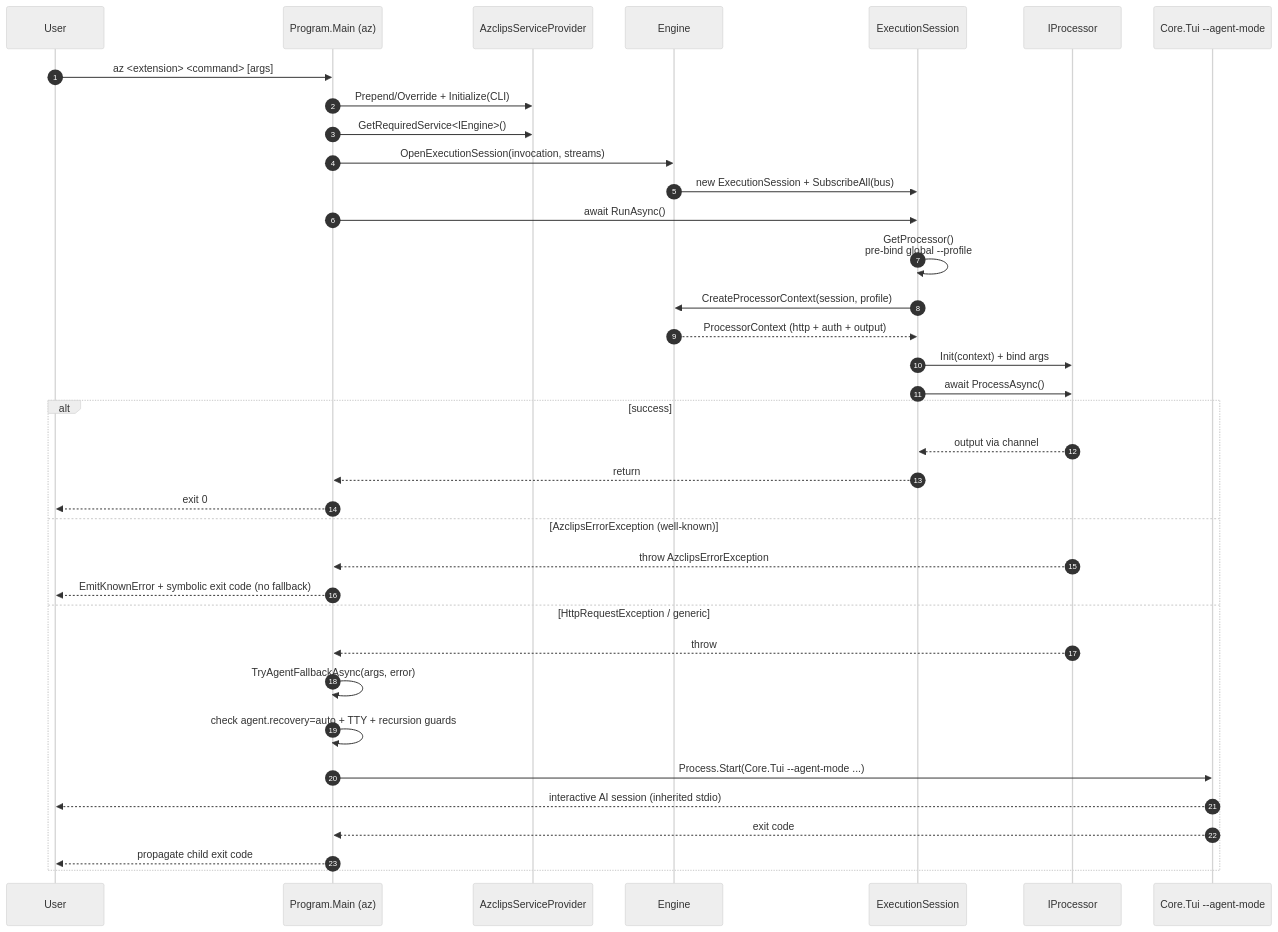
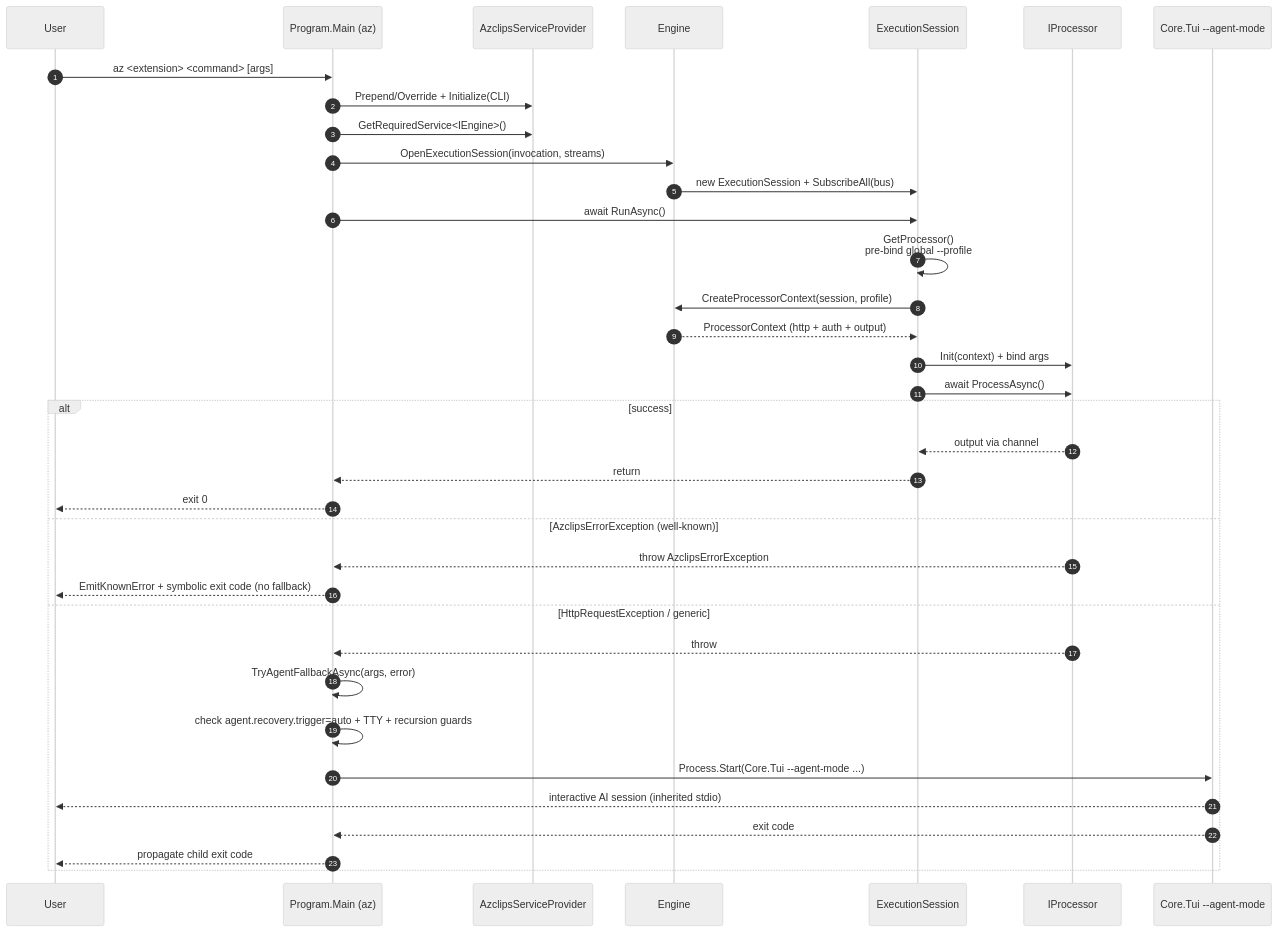
The second of 2 diagrams in wiki/02-deep-dive/core-engine-orchestration.md (Azure/azclips), drawn with Mermaid (neutral theme) before and after one commit. The commit also changed other lines of this file and 89 other files, not shown here.

Commit message:
refactor(recovery): config stays as main; keyed config-change handler; drop generation, coordinator, env vars and v1/v2 names

````diff
--- a/wiki/02-deep-dive/core-engine-orchestration.md
+++ b/wiki/02-deep-dive/core-engine-orchestration.md
@@ -228,40 +228,40 @@
 ```mermaid
 sequenceDiagram
     autonumber
     participant User
     participant Main as Program.Main (az)
     participant DI as AzclipsServiceProvider
     participant Engine
     participant Session as ExecutionSession
     participant Proc as IProcessor
     participant TUI as Core.Tui --agent-mode
 
     User->>Main: az <extension> <command> [args]
     Main->>DI: Prepend/Override + Initialize(CLI)
     Main->>DI: GetRequiredService<IEngine>()
     Main->>Engine: OpenExecutionSession(invocation, streams)
     Engine->>Session: new ExecutionSession + SubscribeAll(bus)
     Main->>Session: await RunAsync()
     Session->>Session: GetProcessor()<br>pre-bind global --profile
     Session->>Engine: CreateProcessorContext(session, profile)
     Engine-->>Session: ProcessorContext (http + auth + output)
     Session->>Proc: Init(context) + bind args
     Session->>Proc: await ProcessAsync()
 
     alt success
         Proc-->>Session: output via channel
         Session-->>Main: return
         Main-->>User: exit 0
     else AzclipsErrorException (well-known)
         Proc-->>Main: throw AzclipsErrorException
         Main-->>User: EmitKnownError + symbolic exit code (no fallback)
     else HttpRequestException / generic
         Proc-->>Main: throw
         Main->>Main: TryAgentFallbackAsync(args, error)
-        Main->>Main: check agent.recovery=auto + TTY + recursion guards
+        Main->>Main: check agent.recovery.trigger=auto + TTY + recursion guards
         Main->>TUI: Process.Start(Core.Tui --agent-mode ...)
         TUI-->>User: interactive AI session (inherited stdio)
         TUI-->>Main: exit code
         Main-->>User: propagate child exit code
     end
 ```
````
